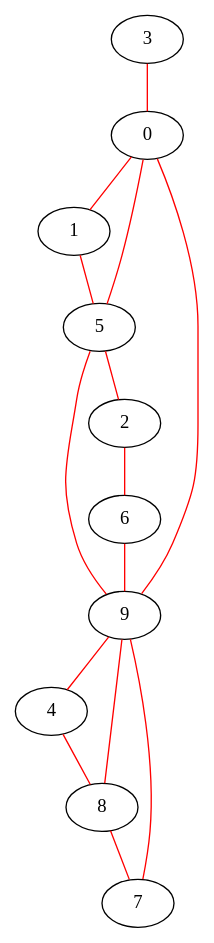
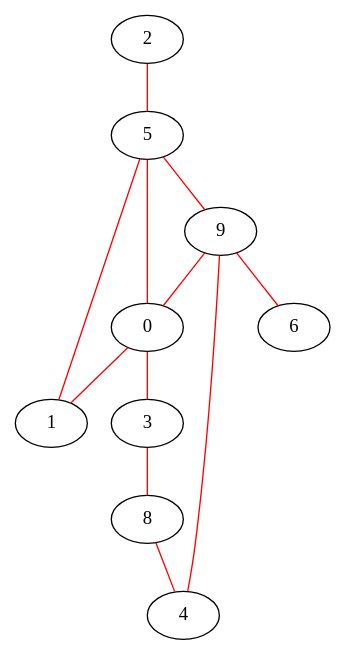
Before and after one commit to amitkvikram/CS2100: the diagram in week4b/eulerian/Egraph_2new.dot, drawn with Graphviz. The commit also changed 34 other files, not shown here.

```diff
--- a/week4b/eulerian/Egraph_2new.dot
+++ b/week4b/eulerian/Egraph_2new.dot
@@ -1,17 +1,14 @@
 graph Egraph_2{
-	3 -- 0[color=red];
+	2 -- 5[color=red];
+	5 -- 9[color=red];
+	9 -- 0[color=red];
 	0 -- 1[color=red];
 	1 -- 5[color=red];
-	5 -- 9[color=red];
-	9 -- 0[color=red];
-	0 -- 5[color=red];
-	5 -- 2[color=red];
-	2 -- 6[color=red];
-	6 -- 9[color=red];
-	9 -- 4[color=red];
-	4 -- 8[color=red];
-	8 -- 7[color=red];
-	7 -- 9[color=red];
-	9 -- 8[color=red];
+	5 -- 0[color=red];
+	0 -- 3[color=red];
+	3 -- 8[color=red];
+	8 -- 4[color=red];
+	4 -- 9[color=red];
+	9 -- 6[color=red];
 	9
 }
```
